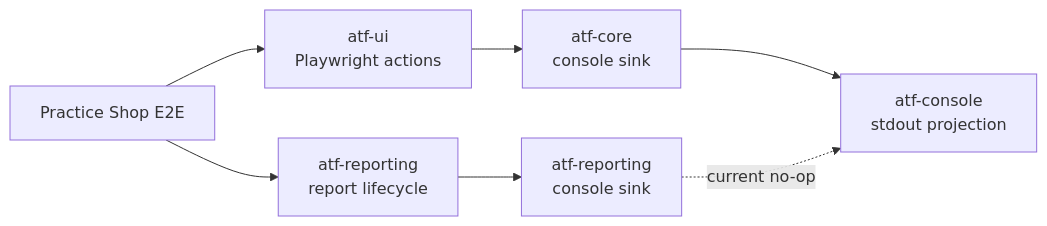
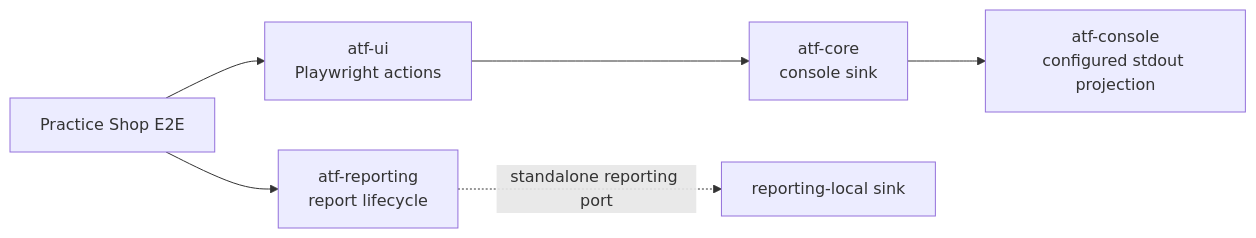
The second of 6 diagrams in docs/feedback/ATF_Practice_Shop_API_Screen_Pyramid_Feedback.md (crististefanita/demo2), drawn with Mermaid before and after one commit. The commit also changed other lines of this file and 107 other files, not shown here.

Commit message:
Refine Java ATF API reporting and Practice Shop

````diff
--- a/docs/feedback/ATF_Practice_Shop_API_Screen_Pyramid_Feedback.md
+++ b/docs/feedback/ATF_Practice_Shop_API_Screen_Pyramid_Feedback.md
@@ -34,9 +34,8 @@
 ```mermaid
 flowchart LR
     Shop[Practice Shop E2E] --> Ui[atf-ui<br/>Playwright actions]
     Shop --> Report[atf-reporting<br/>report lifecycle]
     Ui --> CoreSink[atf-core<br/>console sink]
-    Report --> ReportingSink[atf-reporting<br/>console sink]
-    CoreSink --> Console[atf-console<br/>stdout projection]
-    ReportingSink -. current no-op .-> Console
+    CoreSink --> Console[atf-console<br/>configured stdout projection]
+    Report -. standalone reporting port .-> ReportingSink[reporting-local sink]
 ```
````
